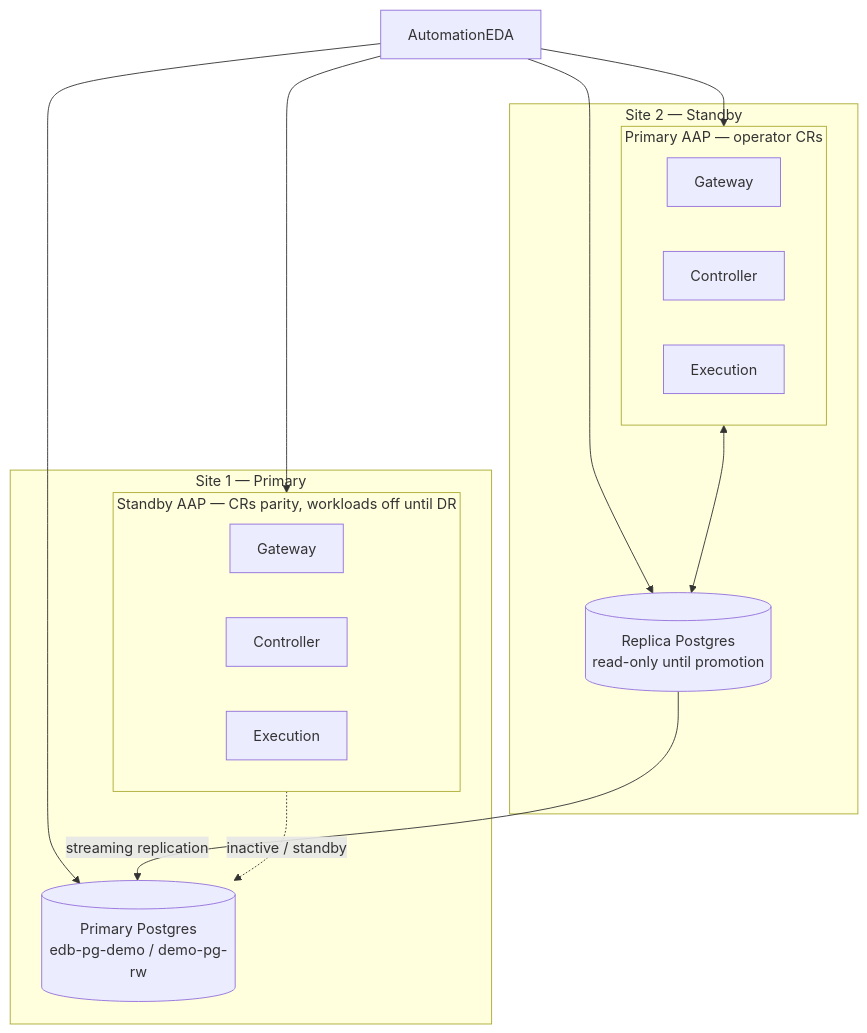
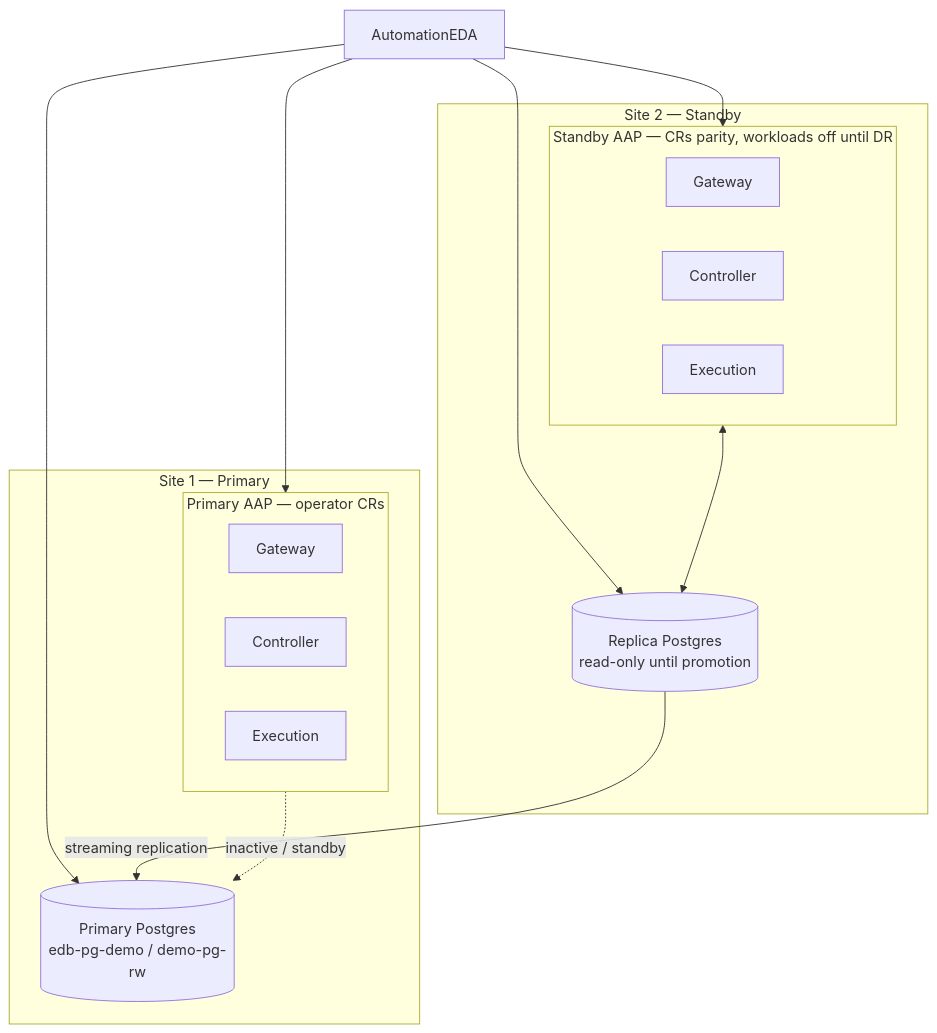
Before and after one commit to Red-Hat-EnterpriseDB-Testing/EDB_Testing: the diagram in aap-deploy/README.md, drawn with Mermaid.

Commit message:
Update README.md to clarify AAP roles in deployment architecture
- Revised the descriptions for Primary and Standby AAP roles in the architecture diagram to accurately reflect their functions and statuses.
- Enhanced clarity regarding the operational state of the AAP components in the deployment flow.

These changes improve the understanding of AAP roles within the deployment architecture.

````diff
--- a/aap-deploy/README.md
+++ b/aap-deploy/README.md
@@ -16,31 +16,31 @@
 ```mermaid
 flowchart TB
   EDA[AutomationEDA]
 
   subgraph Site2[Site 2 — Standby]
-    subgraph PAAP[Primary AAP — operator CRs]
+    subgraph PAAP[Standby AAP — CRs parity, workloads off until DR]
       G1[Gateway]
       C1[Controller]
       X1[Execution]
     end
     PP[(Replica Postgres\nread-only until promotion)]
   end
 
   subgraph Site1[Site 1 — Primary]
-    subgraph SAAP[Standby AAP — CRs parity, workloads off until DR]
+    subgraph SAAP[Primary AAP — operator CRs]
       G2[Gateway]
       C2[Controller]
       X2[Execution]
     end
     RP[(Primary Postgres\nedb-pg-demo / demo-pg-rw)]
   end
 
   EDA --> PAAP
   EDA --> PP
   EDA --> SAAP
   EDA --> RP
 
   PAAP <--> PP
   SAAP -.->|inactive / standby| RP
   PP -->|streaming replication| RP
 ```
````
